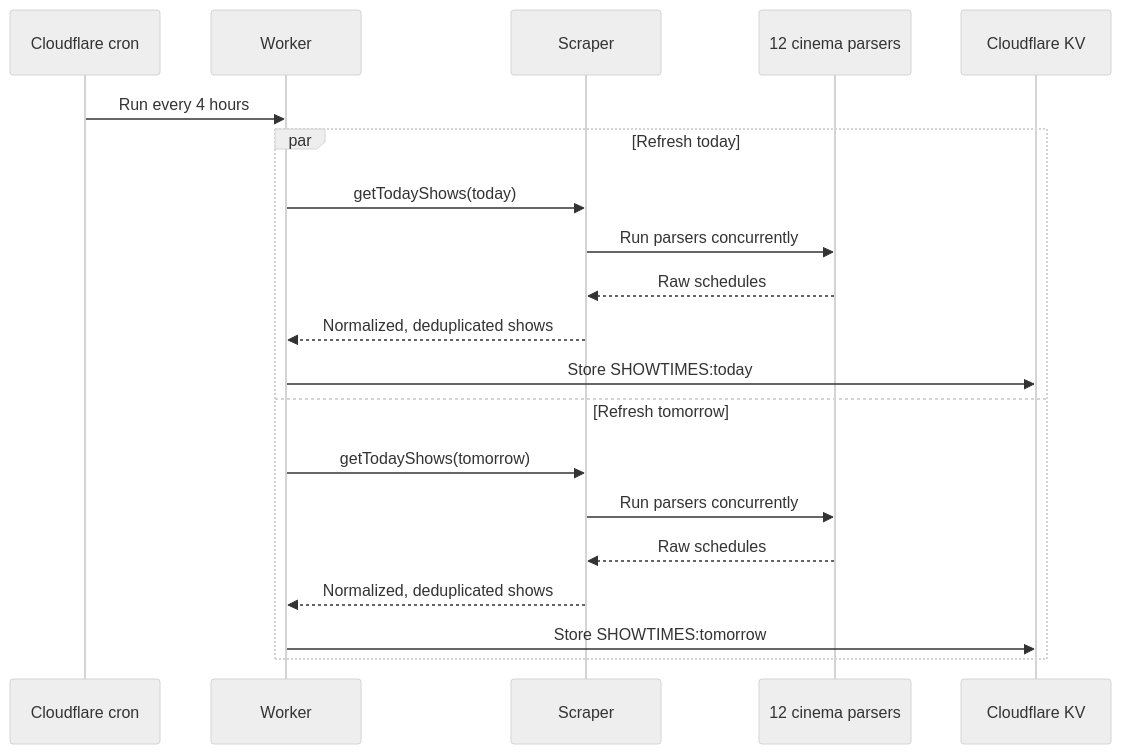
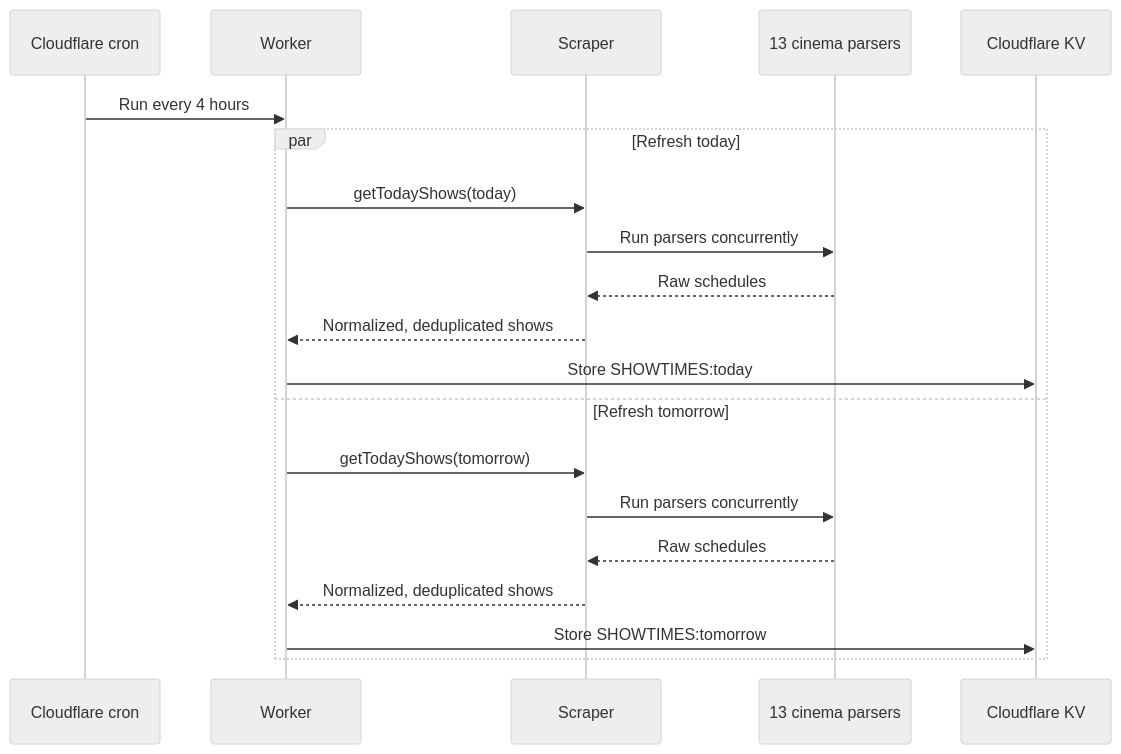
Before and after one commit to herol3oy/kinoradar: the second of 2 diagrams in README.md, drawn with Mermaid (neutral theme). The commit also changed other lines of this file, not shown here.

Commit message:
feat: update README to reflect the addition of a 13th cinema parser and sitemap changes

````diff
--- a/README.md
+++ b/README.md
@@ -51,23 +51,23 @@
 ```mermaid
 sequenceDiagram
     participant C as Cloudflare cron
     participant W as Worker
     participant S as Scraper
-    participant P as 12 cinema parsers
+    participant P as 13 cinema parsers
     participant K as Cloudflare KV
 
     C->>W: Run every 4 hours
     par Refresh today
         W->>S: getTodayShows(today)
         S->>P: Run parsers concurrently
         P-->>S: Raw schedules
         S-->>W: Normalized, deduplicated shows
         W->>K: Store SHOWTIMES:today
     and Refresh tomorrow
         W->>S: getTodayShows(tomorrow)
         S->>P: Run parsers concurrently
         P-->>S: Raw schedules
         S-->>W: Normalized, deduplicated shows
         W->>K: Store SHOWTIMES:tomorrow
     end
 ```
````
